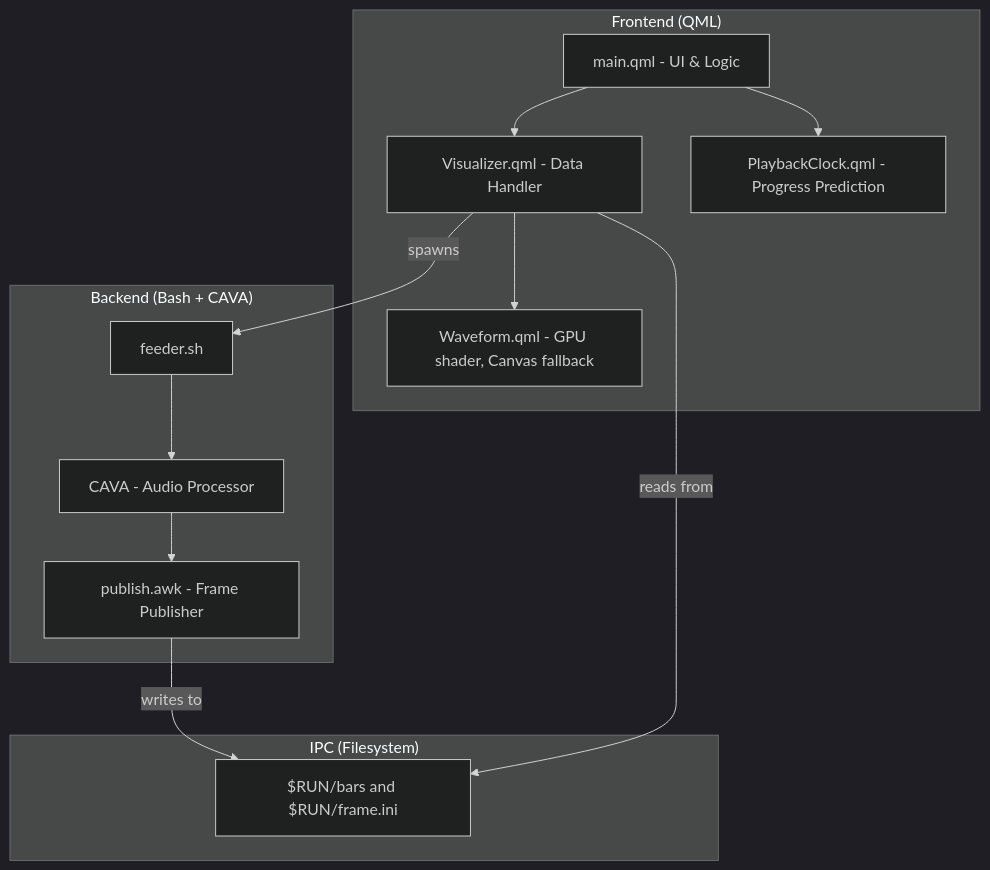
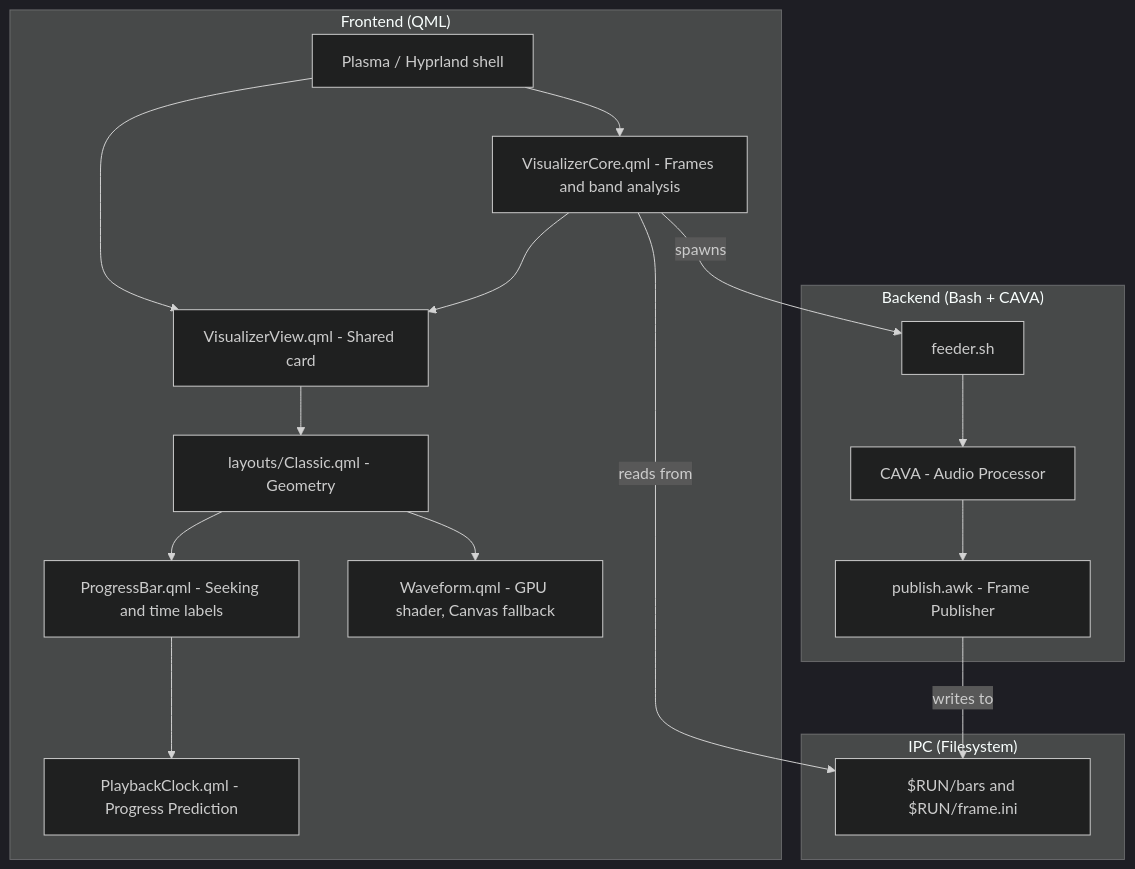
Before and after one commit to Muddyblack/audio-wave-visualizer: the first of 2 diagrams in docs/workflow.md, drawn with Mermaid (dark theme). The commit also changed other lines of this file and 320 other files, not shown here.

````diff
--- a/docs/workflow.md
+++ b/docs/workflow.md
@@ -7,28 +34,35 @@
 ```mermaid
 graph TD
     subgraph "Frontend (QML)"
-        main[main.qml - UI & Logic]
-        vis[Visualizer.qml - Data Handler]
+        main[Plasma / Hyprland shell]
+        view[VisualizerView.qml - Shared card]
+        layout[layouts/Classic.qml - Geometry]
+        progress[ProgressBar.qml - Seeking and time labels]
+        vis[VisualizerCore.qml - Frames and band analysis]
         canvas[Waveform.qml - GPU shader, Canvas fallback]
         clock[PlaybackClock.qml - Progress Prediction]
     end
 
     subgraph "IPC (Filesystem)"
         bars_file["$RUN/bars and $RUN/frame.ini"]
     end
 
     subgraph "Backend (Bash + CAVA)"
         feeder[feeder.sh]
         cava[CAVA - Audio Processor]
         publisher[publish.awk - Frame Publisher]
     end
 
     main --> vis
-    main --> clock
-    vis --> canvas
+    main --> view
+    vis --> view
+    view --> layout
+    layout --> canvas
+    layout --> progress
+    progress --> clock
     vis -- spawns --> feeder
     feeder --> cava
     cava --> publisher
     publisher -- writes to --> bars_file
     vis -- reads from --> bars_file
 ```
````
